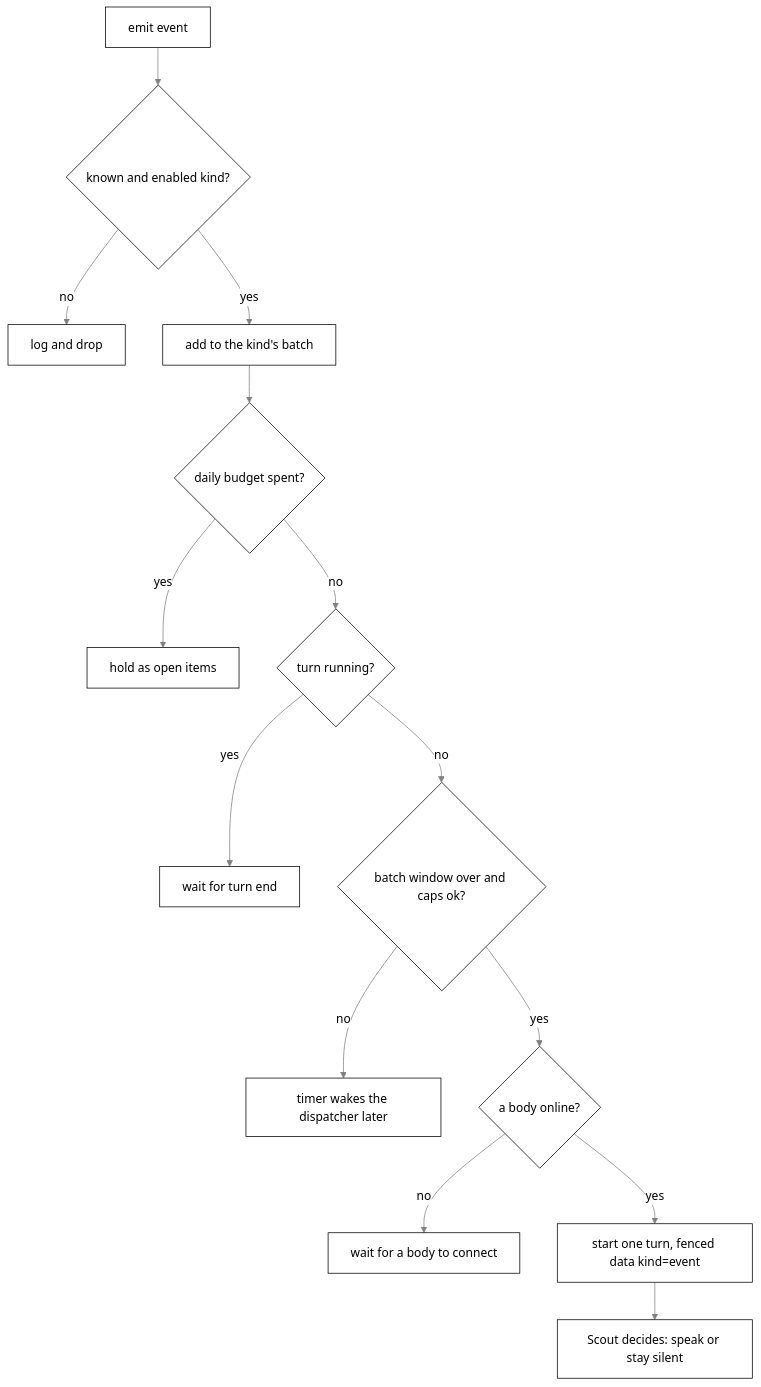
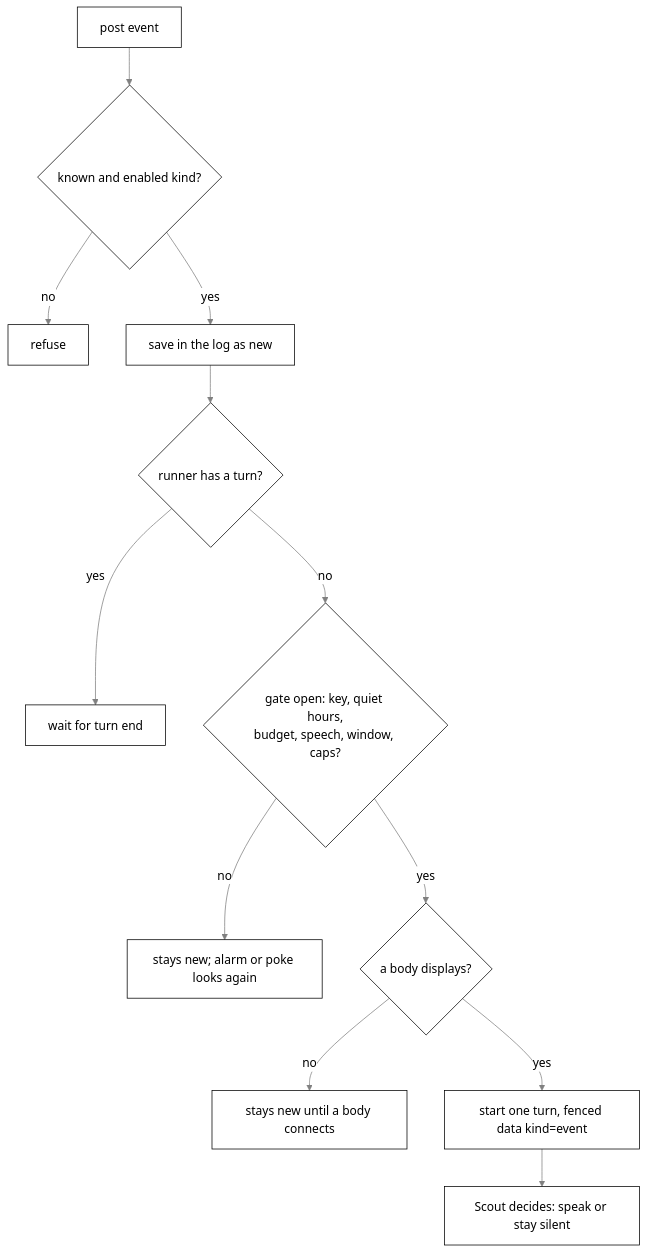
One commit to nadeem4/tagalong changed the ninth of 15 diagrams in docs/brain.md. Above: the diagram before and after it, drawn with Mermaid. The commit also changed other lines of this file and 49 other files, not shown here.

First line of the commit message:
feat(brain): one turn runner picks events in order (T1c) (#411)

````diff
--- a/docs/brain.md
+++ b/docs/brain.md
@@ -1630,17 +1628,15 @@
 ```mermaid
 %%{init: {"theme": "base", "themeVariables": {"primaryColor": "#ffffff", "primaryTextColor": "#000000", "primaryBorderColor": "#000000", "lineColor": "#808080", "arrowheadColor": "#808080", "secondaryColor": "#f2f2f2", "tertiaryColor": "#ffffff", "clusterBkg": "#f7f7f7", "clusterBorder": "#808080", "edgeLabelBackground": "#ffffff", "titleColor": "#808080", "actorBkg": "#ffffff", "actorBorder": "#000000", "actorTextColor": "#000000", "actorLineColor": "#808080", "signalColor": "#808080", "signalTextColor": "#808080", "sequenceNumberColor": "#ffffff", "labelBoxBkgColor": "#ffffff", "labelBoxBorderColor": "#808080", "labelTextColor": "#000000", "loopTextColor": "#808080", "noteBkgColor": "#f7f7f7", "noteBorderColor": "#808080", "noteTextColor": "#000000", "activationBkgColor": "#f7f7f7", "activationBorderColor": "#808080", "fontFamily": "Segoe UI, Helvetica, Arial, sans-serif"}}}%%
 flowchart TD
-  A[emit event] --> B{known and enabled kind?}
-  B -- no --> X[log and drop]
-  B -- yes --> C[add to the kind's batch]
-  C --> D{daily budget spent?}
-  D -- yes --> X2[hold as open items]
-  D -- no --> E{turn running?}
-  E -- yes --> W[wait for turn end]
-  E -- no --> F{batch window over and caps ok?}
-  F -- no --> T[timer wakes the dispatcher later]
-  F -- yes --> G{a body online?}
-  G -- no --> W2[wait for a body to connect]
+  A[post event] --> B{known and enabled kind?}
+  B -- no --> X[refuse]
+  B -- yes --> C[save in the log as new]
+  C --> D{runner has a turn?}
+  D -- yes --> W[wait for turn end]
+  D -- no --> E{"gate open: key, quiet hours,<br/>budget, speech, window, caps?"}
+  E -- no --> T[stays new; alarm or poke looks again]
+  E -- yes --> G{a body displays?}
+  G -- no --> W2[stays new until a body connects]
   G -- yes --> H[start one turn, fenced data kind=event]
   H --> I[Scout decides: speak or stay silent]
 ```
````
